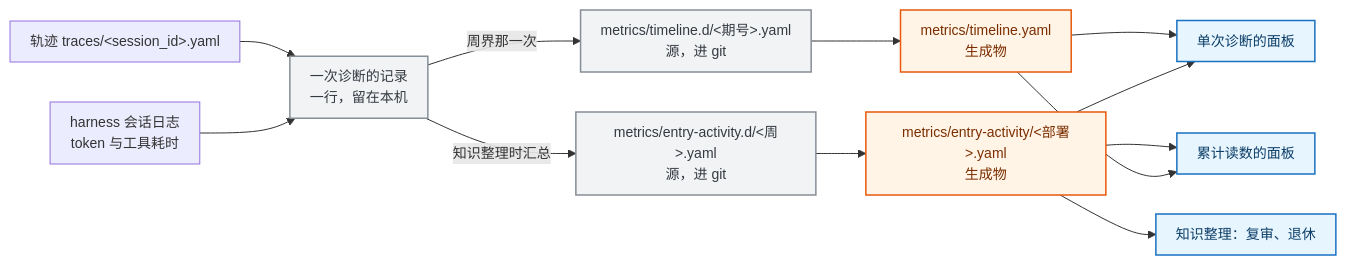
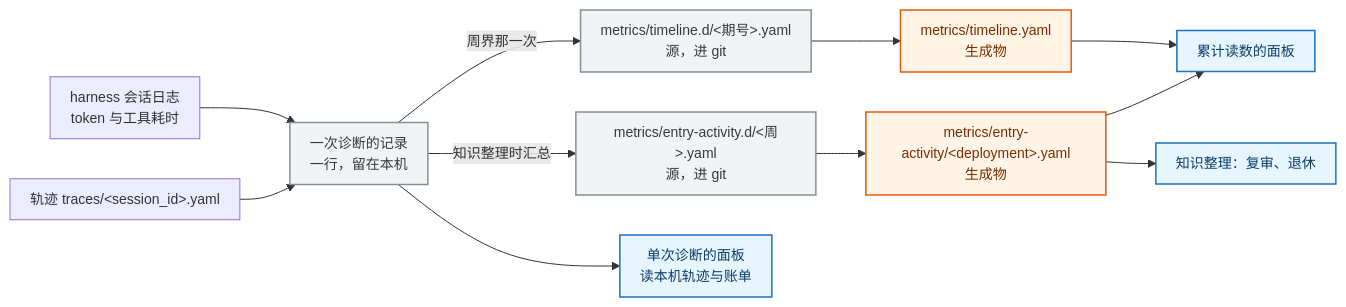
The first of 4 diagrams in docs/mechanism/diagnosis-observability.md (Bowen-Leee/ascend-sleuth), drawn with Mermaid before and after one commit. The commit also changed other lines of this file, not shown here.

First line of the commit message:
docs(机制): 按行文第三轮改（feedback 顶层路径、图 1 入边、run 例外、现状解释、行号）

````diff
--- a/docs/mechanism/diagnosis-observability.md
+++ b/docs/mechanism/diagnosis-observability.md
@@ -39,22 +39,21 @@
 ```mermaid
 %%{init: {'themeVariables':{'fontSize':'14px'},'flowchart':{'curve':'basis','nodeSpacing':40,'rankSpacing':50,'padding':10}}}%%
 flowchart LR
     TR["轨迹 traces/&lt;session_id&gt;.yaml"] --> EP["一次诊断的记录<br/>一行，留在本机"]
     LG["harness 会话日志<br/>token 与工具耗时"] --> EP
     EP -->|"知识整理时汇总"| PF["metrics/entry-activity.d/&lt;周&gt;.yaml<br/>源，进 git"]
-    PF --> EA["metrics/entry-activity/&lt;部署&gt;.yaml<br/>生成物"]
+    PF --> EA["metrics/entry-activity/&lt;deployment&gt;.yaml<br/>生成物"]
     EP -->|"周界那一次"| TD["metrics/timeline.d/&lt;期号&gt;.yaml<br/>源，进 git"]
     TD --> TI["metrics/timeline.yaml<br/>生成物"]
-    TI --> V1["单次诊断的面板"]
-    EA --> V1
+    EP --> V1["单次诊断的面板<br/>读本机轨迹与账单"]
     EA --> V2["累计读数的面板"]
     TI --> V2
     EA --> GR["知识整理：复审、退休"]
 
     classDef store fill:#f1f3f5,stroke:#868e96,stroke-width:1.5px,color:#343a40
     classDef gen fill:#fff4e6,stroke:#e8590c,stroke-width:1.5px,color:#7a2e00
     classDef view fill:#e7f5ff,stroke:#1971c2,stroke-width:1.5px,color:#0b3d66
     class EP,PF,TD store
     class EA,TI gen
     class V1,V2,GR view
 ```
````
